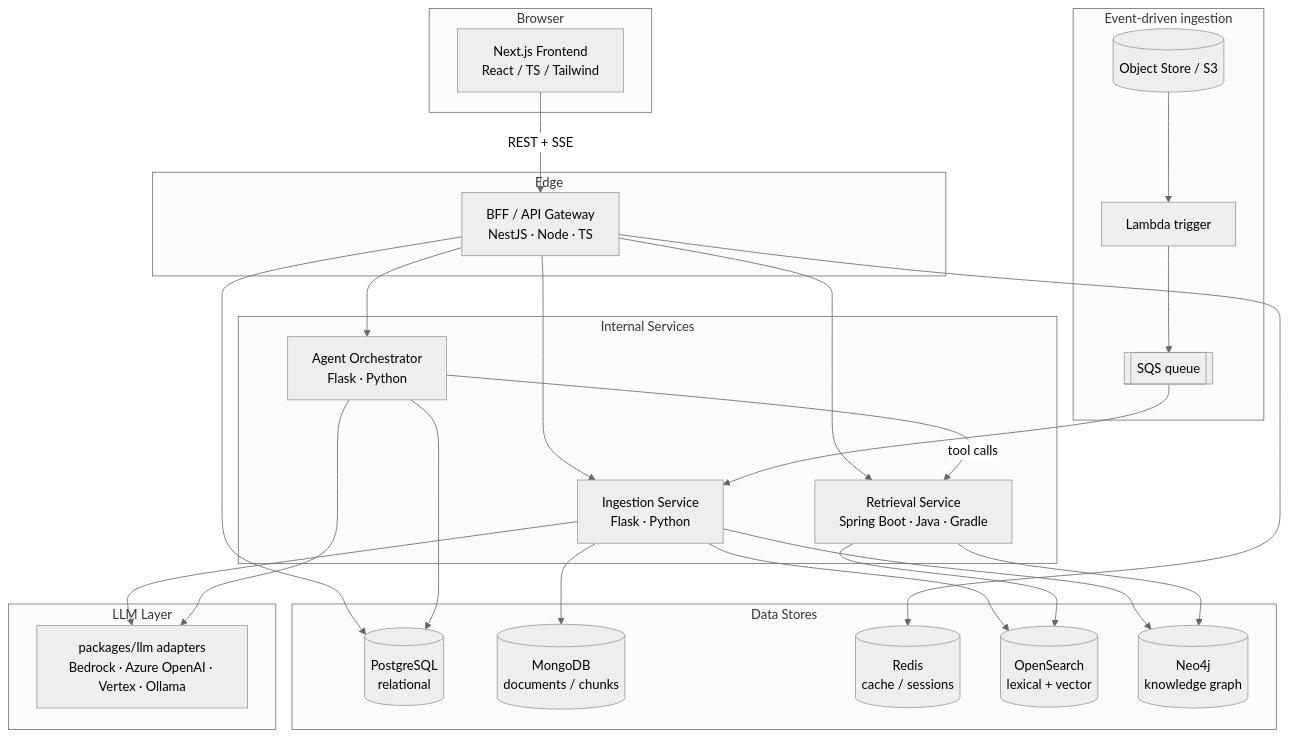
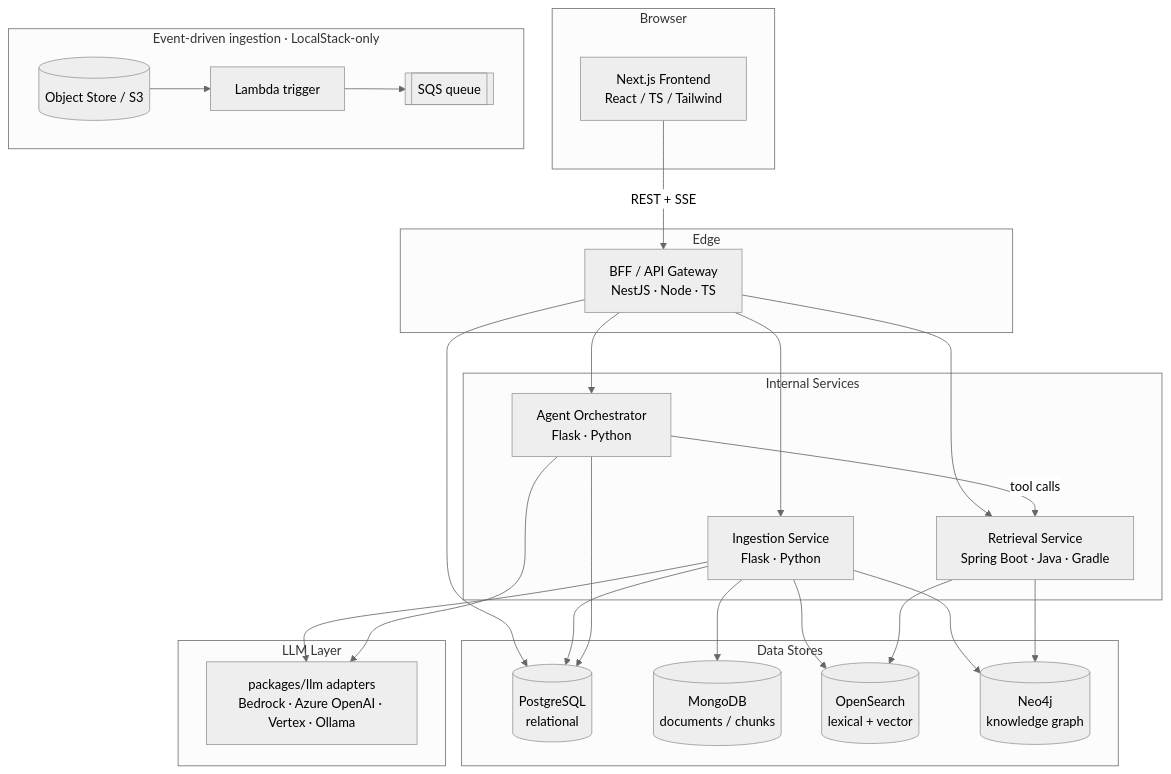
The diagram in README.md (mthompsen/scriptorium), drawn with Mermaid (neutral theme) before and after one commit. The commit also changed other lines of this file and 6 other files, not shown here.

Commit message:
docs: align architecture docs with the implementation

````diff
--- a/README.md
+++ b/README.md
@@ -28,54 +29,53 @@
 ```mermaid
 flowchart TB
   subgraph client [Browser]
     FE[Next.js Frontend<br/>React / TS / Tailwind]
   end
 
   subgraph edge [Edge]
     BFF[BFF / API Gateway<br/>NestJS · Node · TS]
   end
 
   subgraph svc [Internal Services]
     ING[Ingestion Service<br/>Flask · Python]
     RET[Retrieval Service<br/>Spring Boot · Java · Gradle]
     AGT[Agent Orchestrator<br/>Flask · Python]
   end
 
-  subgraph serverless [Event-driven ingestion]
+  subgraph serverless [Event-driven ingestion · LocalStack-only]
     S3[(Object Store / S3)]
     LAM[Lambda trigger]
     SQS[[SQS queue]]
   end
 
   subgraph data [Data Stores]
     PG[(PostgreSQL<br/>relational)]
     MG[(MongoDB<br/>documents / chunks)]
-    RD[(Redis<br/>cache / sessions)]
     OS[(OpenSearch<br/>lexical + vector)]
     NEO[(Neo4j<br/>knowledge graph)]
   end
 
   subgraph ai [LLM Layer]
     LLM[packages/llm adapters<br/>Bedrock · Azure OpenAI · Vertex · Ollama]
   end
 
   FE -->|REST + SSE| BFF
   BFF --> RET
   BFF --> AGT
   BFF --> ING
   BFF --> PG
-  BFF --> RD
 
-  S3 --> LAM --> SQS --> ING
+  S3 --> LAM --> SQS
+  ING --> PG
   ING --> MG
   ING --> OS
   ING --> NEO
   ING --> LLM
 
   AGT -->|tool calls| RET
   AGT --> LLM
   AGT --> PG
 
   RET --> OS
   RET --> NEO
 ```
````
